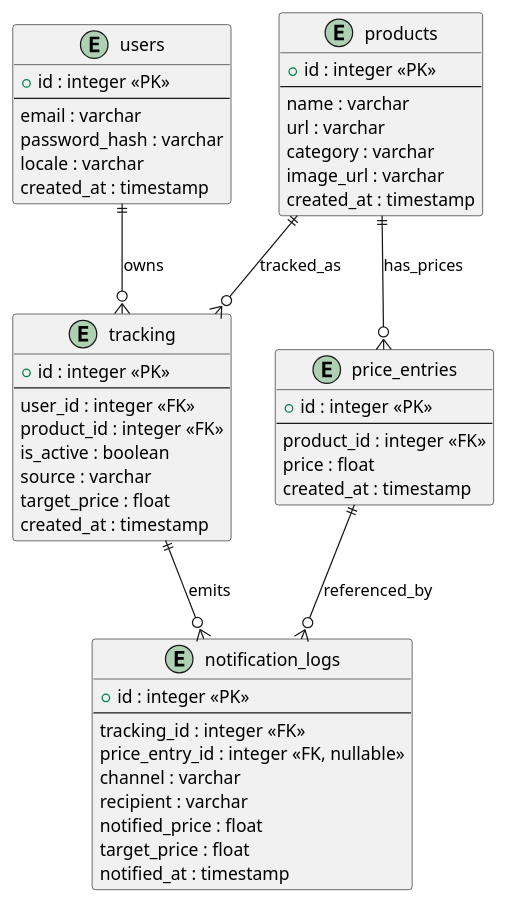
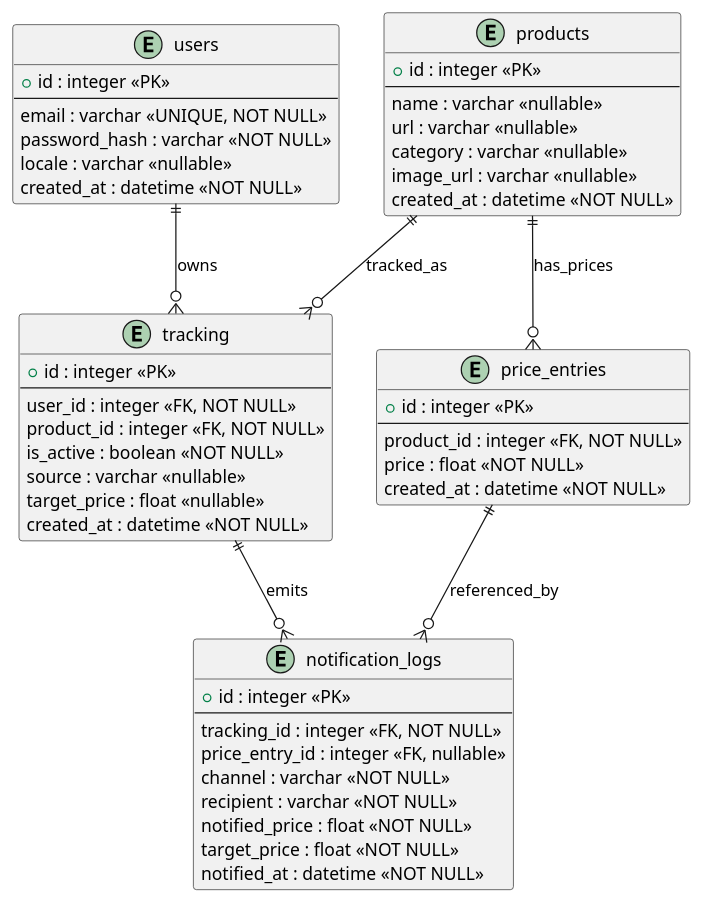
One commit to TheJokerGun/PriceGoblin changed the diagram in db/db_model.puml. Above: the diagram before and after it, drawn with PlantUML. The commit also changed 6 other files, not shown here.

Commit message:
feat: Update database schema and UML diagrams for improved data integrity and tracking

```diff
--- a/db/db_model.puml
+++ b/db/db_model.puml
@@ -1,59 +1,59 @@
 @startuml DBModel
 
 entity users {
   + id : integer <<PK>>
   --
-  email : varchar
-  password_hash : varchar
-  locale : varchar
-  created_at : timestamp
+  email : varchar <<UNIQUE, NOT NULL>>
+  password_hash : varchar <<NOT NULL>>
+  locale : varchar <<nullable>>
+  created_at : datetime <<NOT NULL>>
 }
 
 entity products {
   + id : integer <<PK>>
   --
-  name : varchar
-  url : varchar
-  category : varchar
-  image_url : varchar
-  created_at : timestamp
+  name : varchar <<nullable>>
+  url : varchar <<nullable>>
+  category : varchar <<nullable>>
+  image_url : varchar <<nullable>>
+  created_at : datetime <<NOT NULL>>
 }
 
 entity tracking {
   + id : integer <<PK>>
   --
-  user_id : integer <<FK>>
-  product_id : integer <<FK>>
-  is_active : boolean
-  source : varchar
-  target_price : float
-  created_at : timestamp
+  user_id : integer <<FK, NOT NULL>>
+  product_id : integer <<FK, NOT NULL>>
+  is_active : boolean <<NOT NULL>>
+  source : varchar <<nullable>>
+  target_price : float <<nullable>>
+  created_at : datetime <<NOT NULL>>
 }
 
 entity price_entries {
   + id : integer <<PK>>
   --
-  product_id : integer <<FK>>
-  price : float
-  created_at : timestamp
+  product_id : integer <<FK, NOT NULL>>
+  price : float <<NOT NULL>>
+  created_at : datetime <<NOT NULL>>
 }
 
 entity notification_logs {
   + id : integer <<PK>>
   --
-  tracking_id : integer <<FK>>
+  tracking_id : integer <<FK, NOT NULL>>
   price_entry_id : integer <<FK, nullable>>
-  channel : varchar
-  recipient : varchar
-  notified_price : float
-  target_price : float
-  notified_at : timestamp
+  channel : varchar <<NOT NULL>>
+  recipient : varchar <<NOT NULL>>
+  notified_price : float <<NOT NULL>>
+  target_price : float <<NOT NULL>>
+  notified_at : datetime <<NOT NULL>>
 }
 
 users ||--o{ tracking : owns
 products ||--o{ tracking : tracked_as
 products ||--o{ price_entries : has_prices
 tracking ||--o{ notification_logs : emits
 price_entries ||--o{ notification_logs : referenced_by
 
 @enduml
```
